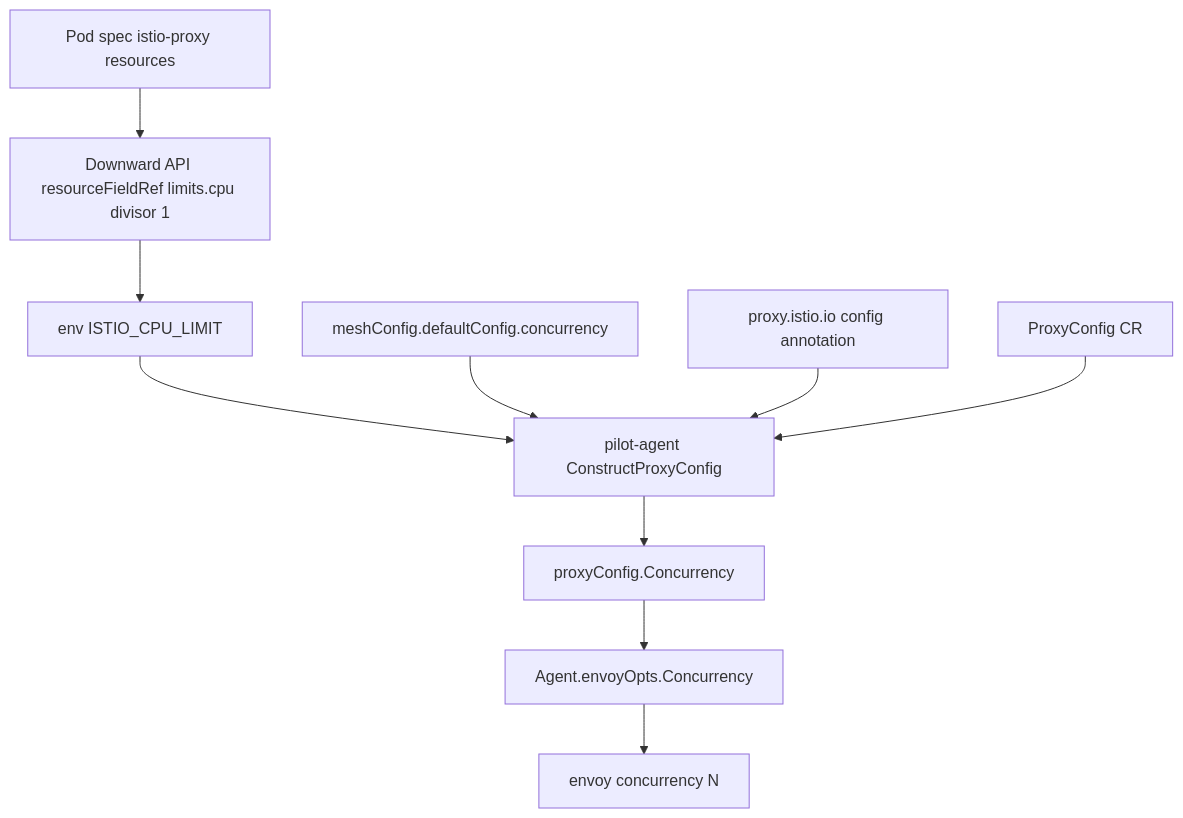
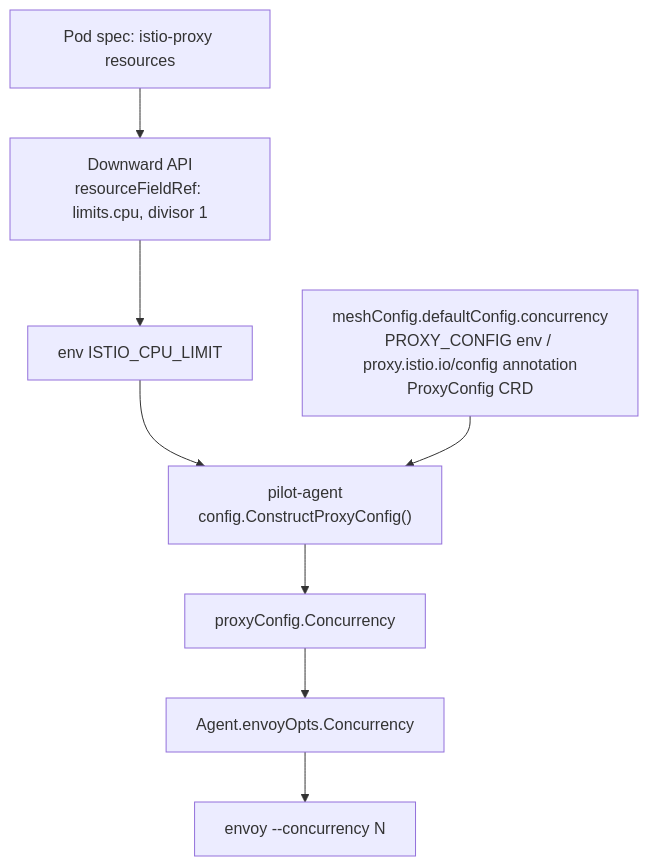
Before and after one commit to h0tbird/meshlab: the diagram in docs/istio-sidecar-cpu-sizing.md, drawn with Mermaid.

````diff
--- a/docs/istio-sidecar-cpu-sizing.md
+++ b/docs/istio-sidecar-cpu-sizing.md
@@ -70,22 +70,10 @@
 ```mermaid
-graph TD
-  A[Pod spec istio-proxy resources]
-  B[Downward API resourceFieldRef limits.cpu divisor 1]
-  C[env ISTIO_CPU_LIMIT]
-  D[pilot-agent ConstructProxyConfig]
-  E1[meshConfig.defaultConfig.concurrency]
-  E2[proxy.istio.io config annotation]
-  E3[ProxyConfig CR]
-  F[proxyConfig.Concurrency]
-  G[Agent.envoyOpts.Concurrency]
-  H[envoy concurrency N]
-  A --> B
-  B --> C
-  C --> D
-  E1 --> D
-  E2 --> D
-  E3 --> D
-  D --> F
-  F --> G
-  G --> H
+flowchart TD
+    A["Pod spec: istio-proxy resources"] --> B["Downward API<br/>resourceFieldRef: limits.cpu, divisor 1"]
+    B --> C["env ISTIO_CPU_LIMIT"]
+    C --> D["pilot-agent<br/>config.ConstructProxyConfig()"]
+    E["meshConfig.defaultConfig.concurrency<br/>PROXY_CONFIG env / proxy.istio.io/config annotation<br/>ProxyConfig CRD"] --> D
+    D --> F["proxyConfig.Concurrency"]
+    F --> G["Agent.envoyOpts.Concurrency"]
+    G --> H["envoy --concurrency N"]
 ```
````
